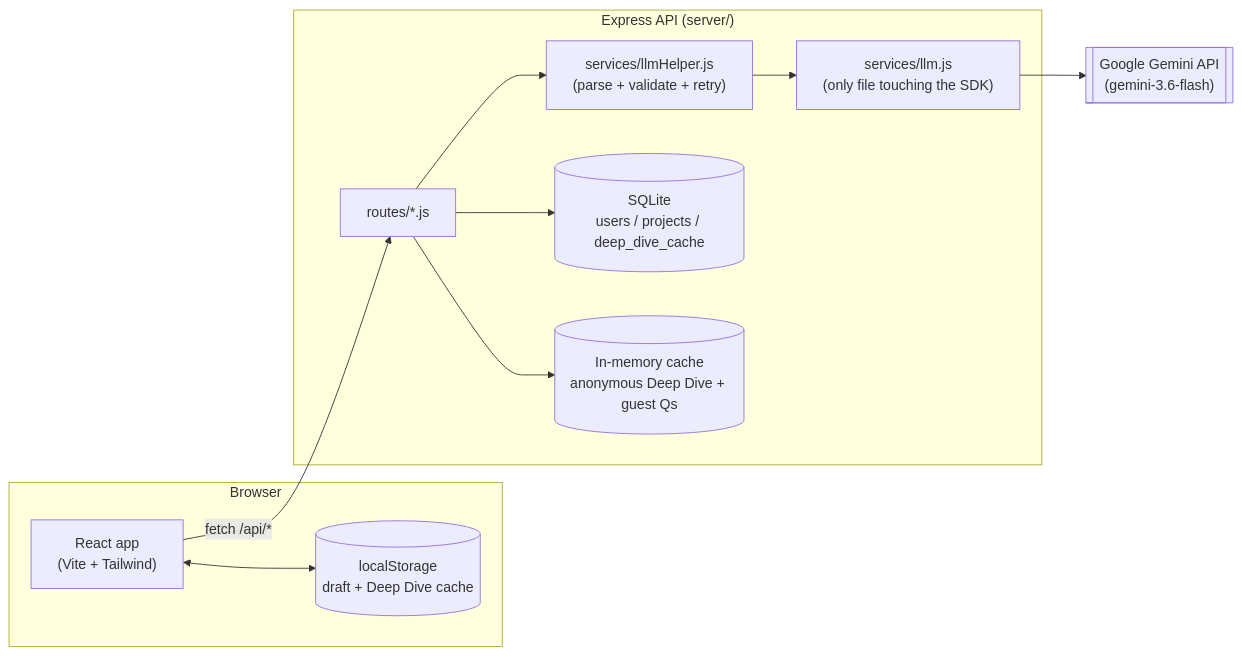
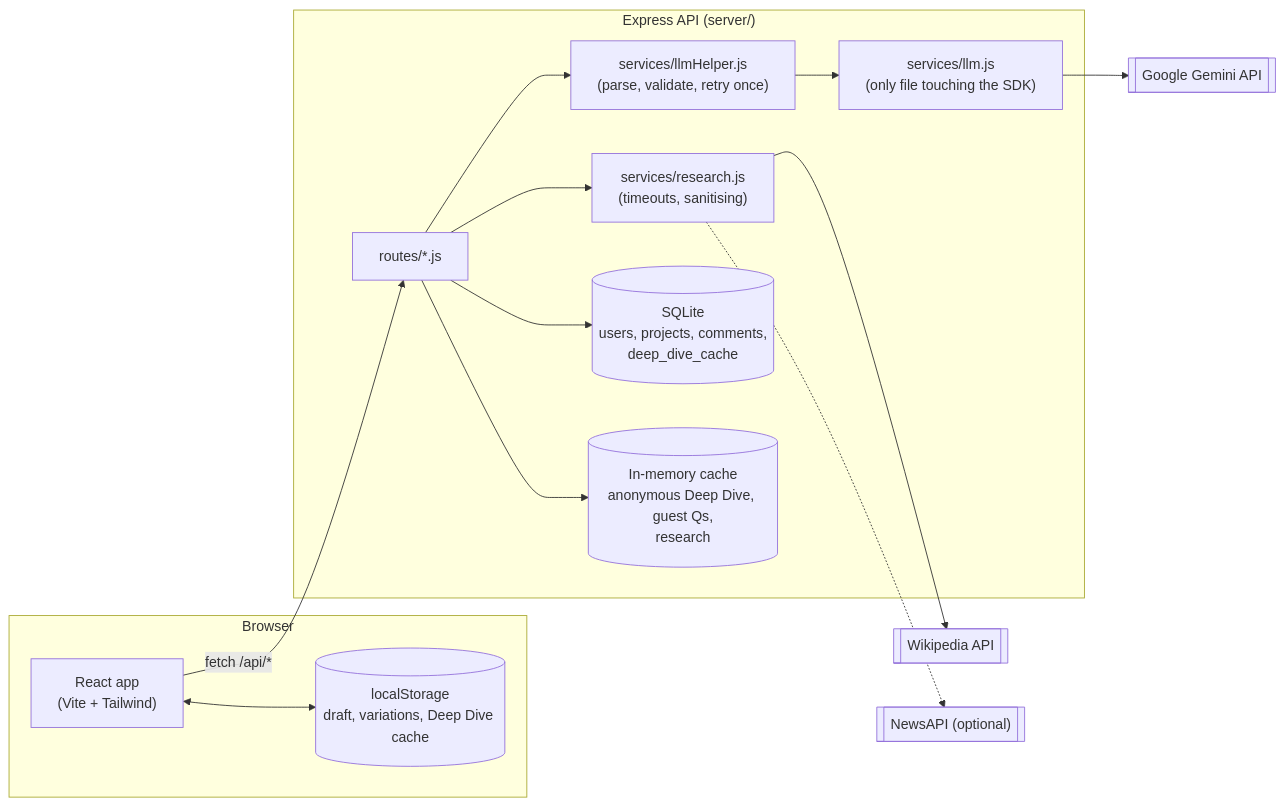
Before and after one commit to Prabhath18/ai-podcast-scirpt-generator: the diagram in README.md, drawn with Mermaid. The commit also changed other lines of this file and 118 other files, not shown here.

First line of the commit message:
Add variations, research, intro/outro generator and comments; redesign the UI

````diff
--- a/README.md
+++ b/README.md
@@ -23,23 +37,28 @@
 ```mermaid
 flowchart LR
     subgraph Browser
         UI["React app\n(Vite + Tailwind)"]
-        LS[("localStorage\ndraft + Deep Dive cache")]
+        LS[("localStorage\ndraft, variations, Deep Dive cache")]
     end
 
     subgraph API["Express API (server/)"]
         Routes["routes/*.js"]
-        Helper["services/llmHelper.js\n(parse + validate + retry)"]
+        Helper["services/llmHelper.js\n(parse, validate, retry once)"]
         LLM["services/llm.js\n(only file touching the SDK)"]
-        SQLite[("SQLite\nusers / projects / deep_dive_cache")]
-        MemCache[("In-memory cache\nanonymous Deep Dive + guest Qs")]
+        Research["services/research.js\n(timeouts, sanitising)"]
+        SQLite[("SQLite\nusers, projects, comments,\ndeep_dive_cache")]
+        MemCache[("In-memory cache\nanonymous Deep Dive, guest Qs,\nresearch")]
     end
 
-    Gemini[["Google Gemini API\n(gemini-3.6-flash)"]]
+    Gemini[["Google Gemini API"]]
+    Wiki[["Wikipedia API"]]
+    News[["NewsAPI (optional)"]]
 
     UI <--> LS
     UI -- "fetch /api/*" --> Routes
     Routes --> Helper --> LLM --> Gemini
+    Routes --> Research --> Wiki
+    Research -.-> News
     Routes --> SQLite
     Routes --> MemCache
 ```
````
